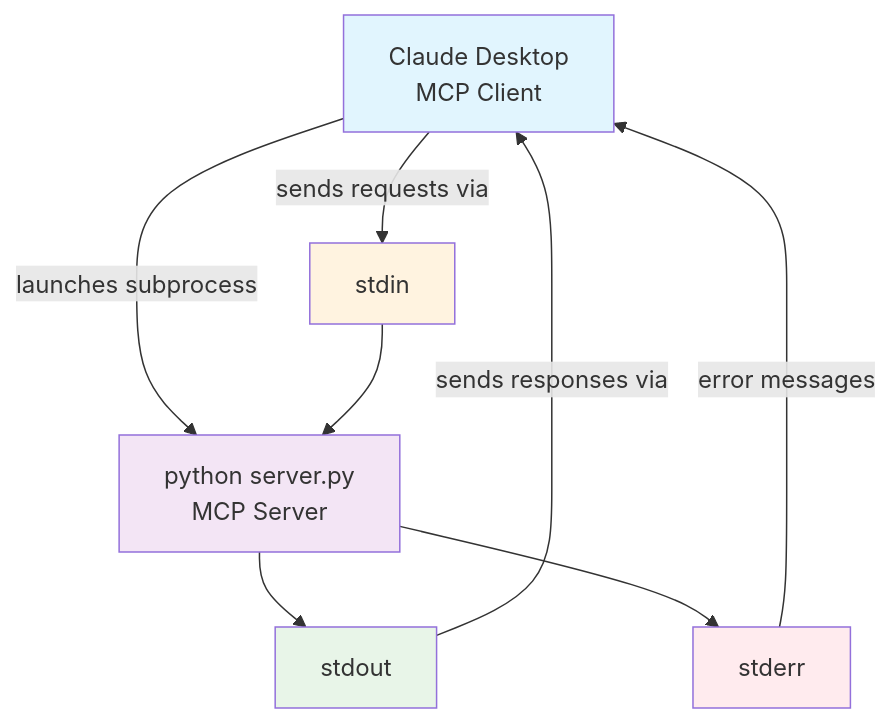
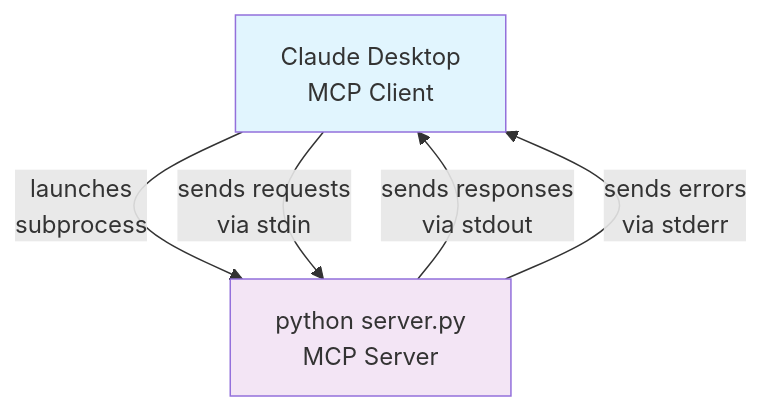
The diagram in README.md (masumi-network/Sokosumi-MCP), drawn with Mermaid before and after one commit. The commit also changed other lines of this file, not shown here.

Commit message:
made the readme more comprehensible

````diff
--- a/README.md
+++ b/README.md
@@ -120,16 +120,10 @@
 ```mermaid
 graph TD
-    A[Claude Desktop<br/>MCP Client] -->|launches subprocess| B[python server.py<br/>MCP Server]
-    A -->|sends requests via| C[stdin]
-    C --> B
-    B --> D[stdout]
-    D -->|sends responses via| A
-    B --> E[stderr]
-    E -->|error messages| A
+    A[Claude Desktop<br/>MCP Client] -->|launches<br/>subprocess| B[python server.py<br/>MCP Server]
+    A -->|sends requests<br/>via stdin| B
+    B -->|sends responses<br/>via stdout| A
+    B -->|sends errors<br/>via stderr| A
     
     style A fill:#e1f5fe
     style B fill:#f3e5f5
-    style C fill:#fff3e0
-    style D fill:#e8f5e8
-    style E fill:#ffebee
 ```
````
